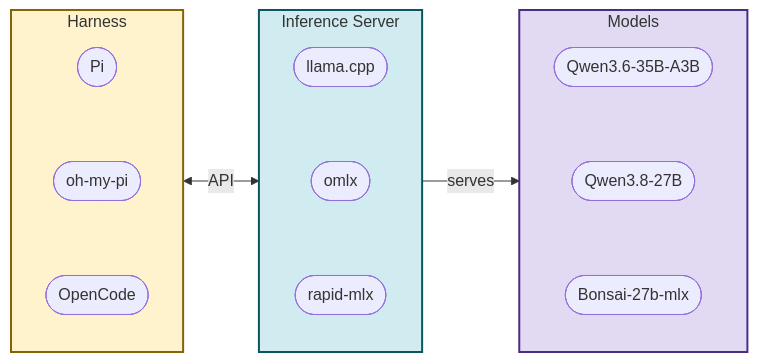
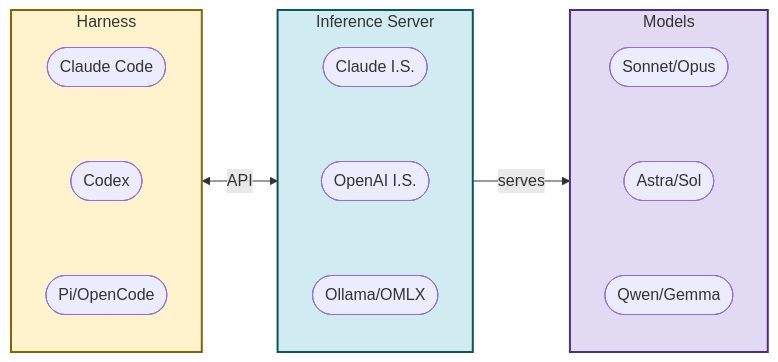
The diagram in posts/2026/08/mac-local-llms.mmd (ChillarAnand/avilpage.com), drawn with Mermaid before and after one commit. The commit also changed 13 other files, not shown here.

```diff
--- a/posts/2026/08/mac-local-llms.mmd
+++ b/posts/2026/08/mac-local-llms.mmd
@@ -1,31 +1,31 @@
 flowchart LR
     subgraph HARNESS["Harness"]
         direction TB
-        pi([Pi])
-        omp([oh-my-pi])
-        oc([OpenCode])
+        pi([Claude Code])
+        omp([Codex])
+        oc([Pi/OpenCode])
         pi ~~~ omp ~~~ oc
     end
 
     subgraph SERVER["Inference Server"]
         direction TB
-        llama([llama.cpp])
-        omlx([omlx])
-        rmlx([rapid-mlx])
+        llama([Claude I.S.])
+        omlx([OpenAI I.S.])
+        rmlx([Ollama/OMLX])
         llama ~~~ omlx ~~~ rmlx
     end
 
     subgraph MODELS["Models"]
         direction TB
-        m1([Qwen3.6-35B-A3B])
-        m2([Qwen3.8-27B])
-        b4([Bonsai-27b-mlx])
+        m1([Sonnet/Opus])
+        m2([Astra/Sol])
+        b4([Qwen/Gemma])
         m1 ~~~ m2 ~~~ b4
     end
 
     HARNESS <-->|API| SERVER
     SERVER -->|serves| MODELS
 
     style HARNESS fill:#fff3cd,stroke:#856404,stroke-width:2px
     style SERVER fill:#d1ecf1,stroke:#0c5460,stroke-width:2px
     style MODELS fill:#e2d9f3,stroke:#4b2e83,stroke-width:2px
```
